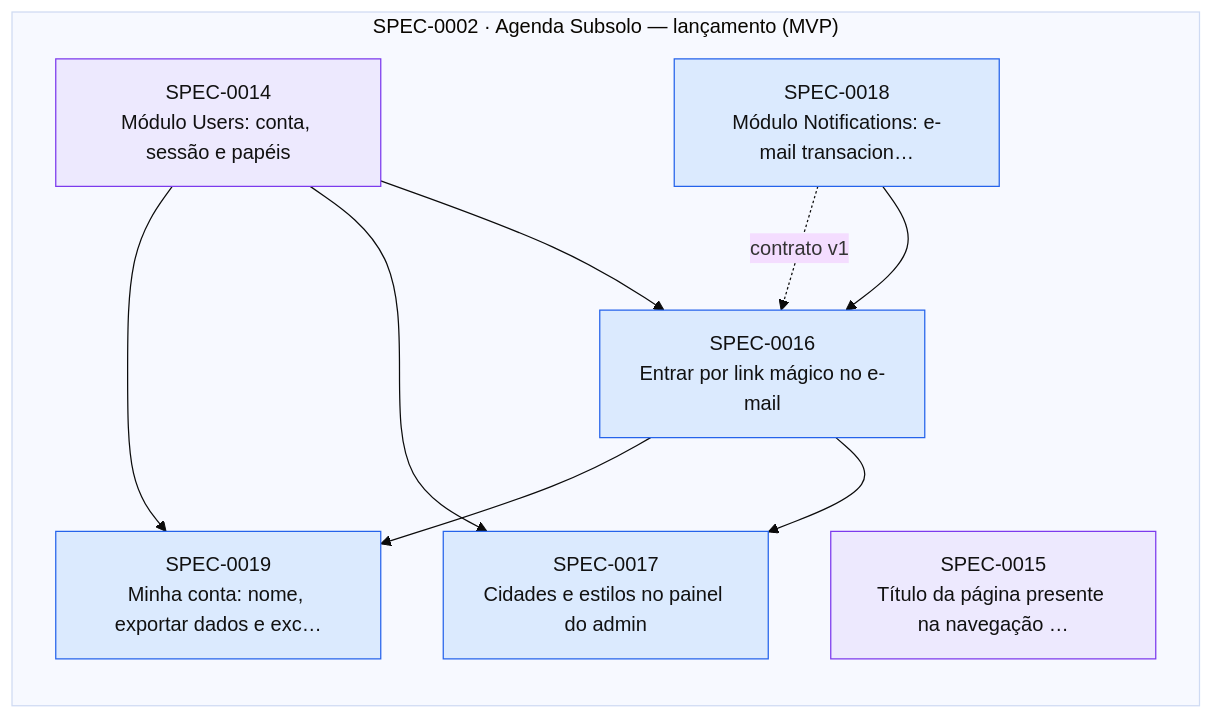
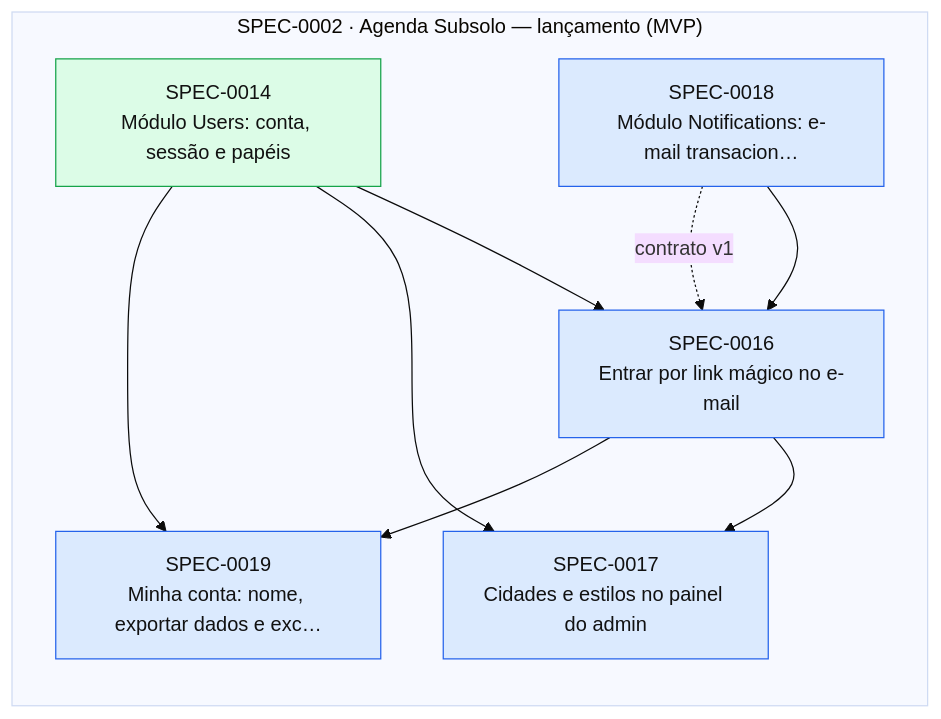
One commit to thomasravache/subsolo changed the diagram in docs/specs/INDEX.md. Above: the diagram before and after it, drawn with Mermaid (base theme). The commit also changed other lines of this file and 4 other files, not shown here.

````diff
--- a/docs/specs/INDEX.md
+++ b/docs/specs/INDEX.md
@@ -69,23 +67,22 @@
 ```mermaid
 flowchart LR
   subgraph E0002["SPEC-0002 · Agenda Subsolo — lançamento (MVP)"]
-    S0014["SPEC-0014<br/>Módulo Users: conta, sessão e papéis"]:::inprogress
-    S0015["SPEC-0015<br/>Título da página presente na navegação …"]:::inprogress
+    S0014["SPEC-0014<br/>Módulo Users: conta, sessão e papéis"]:::implemented
     S0016["SPEC-0016<br/>Entrar por link mágico no e-mail"]:::approved
     S0017["SPEC-0017<br/>Cidades e estilos no painel do admin"]:::approved
     S0018["SPEC-0018<br/>Módulo Notifications: e-mail transacion…"]:::approved
     S0019["SPEC-0019<br/>Minha conta: nome, exportar dados e exc…"]:::approved
   end
   S0014 --> S0016
   S0018 --> S0016
   S0018 -. contrato v1 .-> S0016
   S0014 --> S0017
   S0016 --> S0017
   S0014 --> S0019
   S0016 --> S0019
   classDef proposed fill:#fef3c7,stroke:#d97706,color:#111
   classDef approved fill:#dbeafe,stroke:#2563eb,color:#111
   classDef inprogress fill:#ede9fe,stroke:#7c3aed,color:#111
   classDef implemented fill:#dcfce7,stroke:#16a34a,color:#111
   classDef deprecated fill:#f3f4f6,stroke:#9ca3af,color:#6b7280
 ```
````
